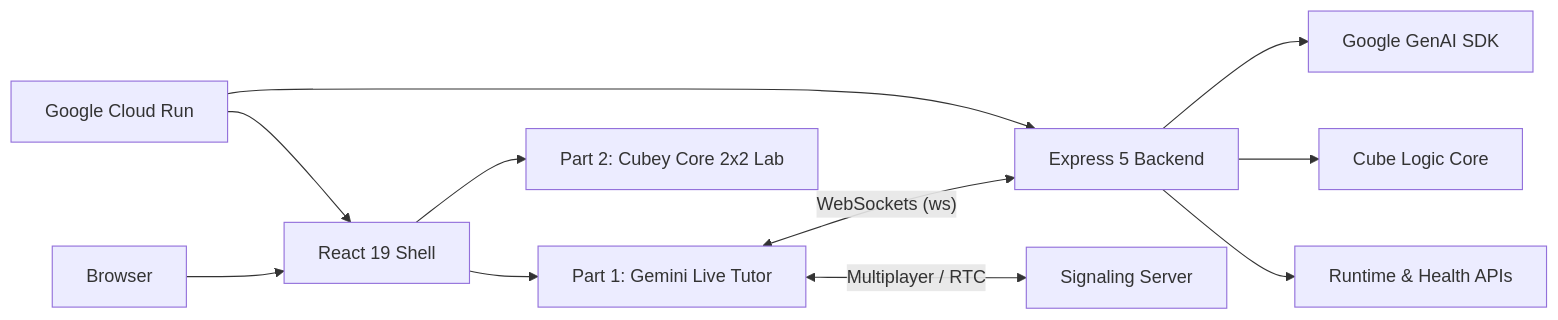
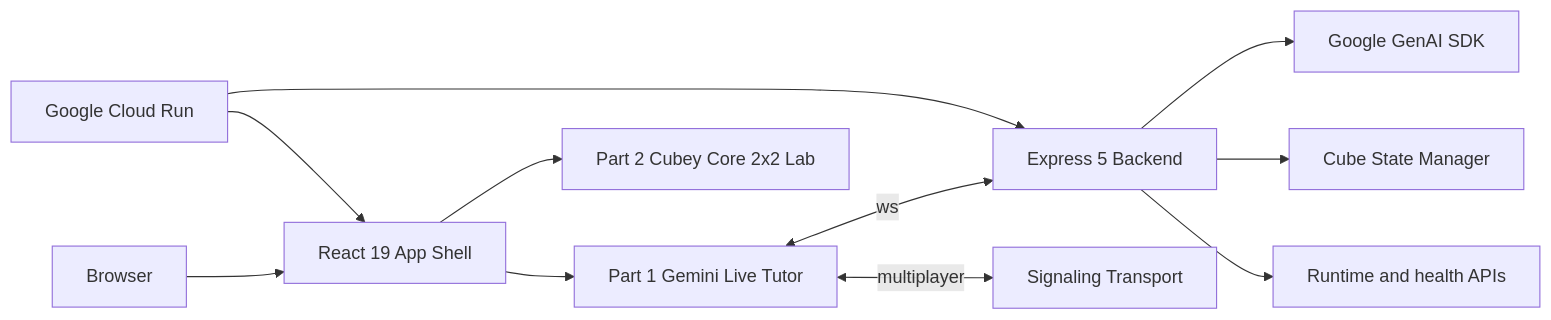
One commit to mangeshraut712/ai-rubiks-cube changed the diagram in README.md. Above: the diagram before and after it, drawn with Mermaid. The commit also changed other lines of this file, not shown here.

````diff
--- a/README.md
+++ b/README.md
@@ -40,13 +145,13 @@
 ```mermaid
 flowchart LR
-    A["Browser"] --> B["React 19 Shell"]
-    B --> C["Part 1: Gemini Live Tutor"]
-    B --> D["Part 2: Cubey Core 2x2 Lab"]
-    C <-->|"WebSockets (ws)"| E["Express 5 Backend"]
-    C <-->|"Multiplayer / RTC"| F["Signaling Server"]
-    E --> G["Google GenAI SDK"]
-    E --> H["Cube Logic Core"]
-    E --> I["Runtime & Health APIs"]
-    J["Google Cloud Run"] --> E
-    J --> B
+  A[Browser] --> B[React 19 App Shell]
+  B --> C[Part 1 Gemini Live Tutor]
+  B --> D[Part 2 Cubey Core 2x2 Lab]
+  C <-->|ws| E[Express 5 Backend]
+  C <-->|multiplayer| F[Signaling Transport]
+  E --> G[Google GenAI SDK]
+  E --> H[Cube State Manager]
+  E --> I[Runtime and health APIs]
+  J[Google Cloud Run] --> E
+  J --> B
 ```
````
